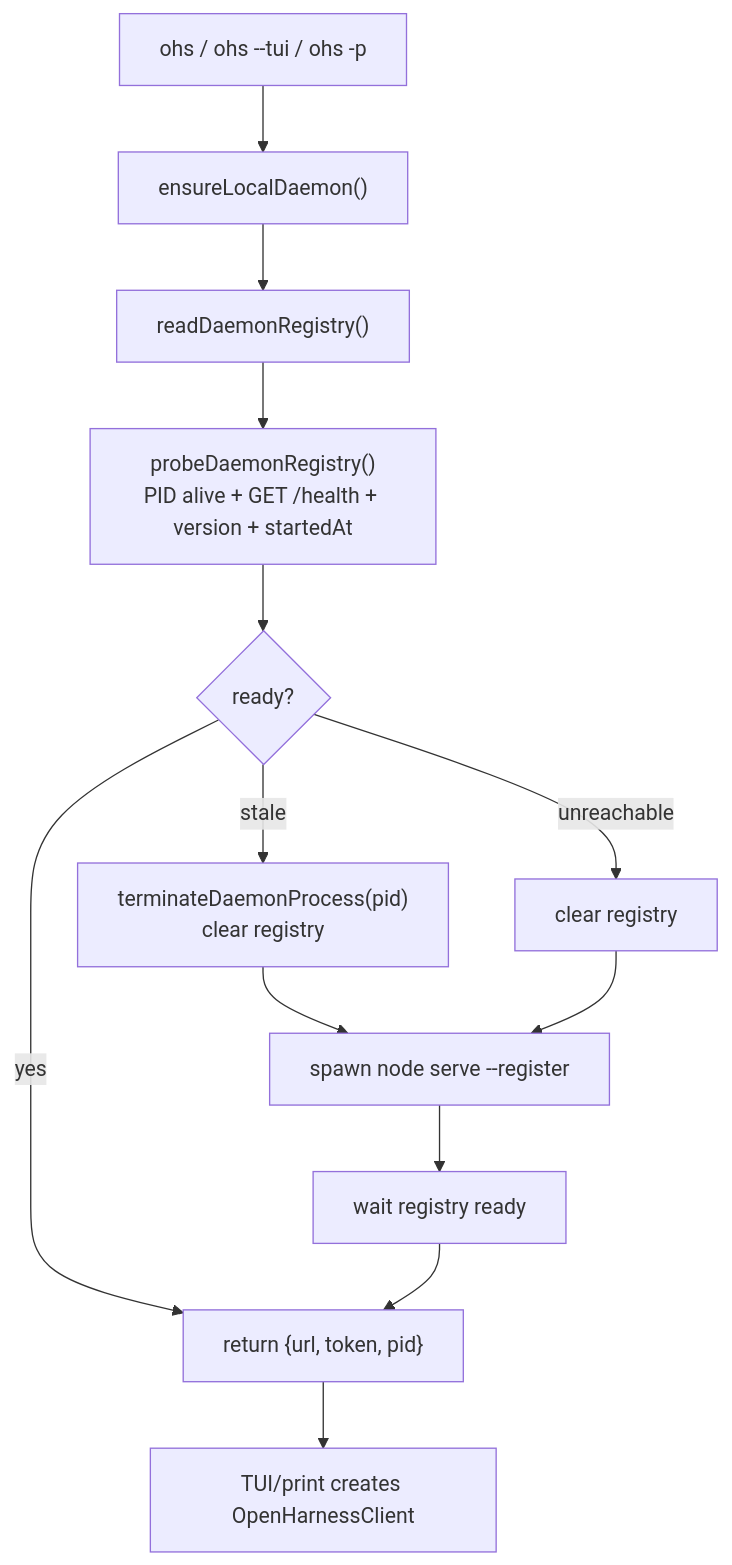
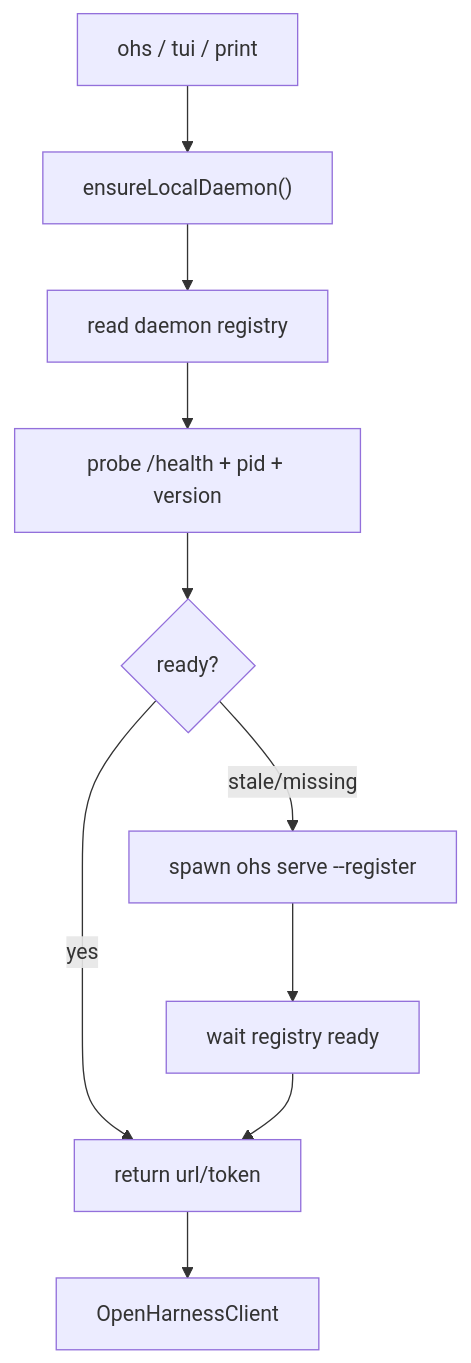
The second of 5 diagrams in docs/daemon-runtime-flow-map.md (rzx007/openharness-ts), drawn with Mermaid before and after one commit. The commit also changed other lines of this file and 8 other files, not shown here.

````diff
--- a/docs/daemon-runtime-flow-map.md
+++ b/docs/daemon-runtime-flow-map.md
@@ -135,15 +91,12 @@
 ```mermaid
 flowchart TD
-  entry["ohs / ohs --tui / ohs -p"] --> ensure["ensureLocalDaemon()"]
-  ensure --> read["readDaemonRegistry()"]
-  read --> probe["probeDaemonRegistry()<br/>PID alive + GET /health + version + startedAt"]
-  probe --> ready{"ready?"}
-  ready -->|yes| handle["return {url, token, pid}"]
-  ready -->|stale| stop["terminateDaemonProcess(pid)<br/>clear registry"]
-  ready -->|unreachable| clear["clear registry"]
-  stop --> spawn["spawn node <cli> serve --register"]
-  clear --> spawn
+  entry["ohs / tui / print"] --> ensure["ensureLocalDaemon()"]
+  ensure --> registry["read daemon registry"]
+  registry --> health["probe /health + pid + version"]
+  health --> ready{"ready?"}
+  ready -->|"yes"| handle["return url/token"]
+  ready -->|"stale/missing"| spawn["spawn ohs serve --register"]
   spawn --> wait["wait registry ready"]
   wait --> handle
-  handle --> client["TUI/print creates OpenHarnessClient"]
+  handle --> client["OpenHarnessClient"]
 ```
````
